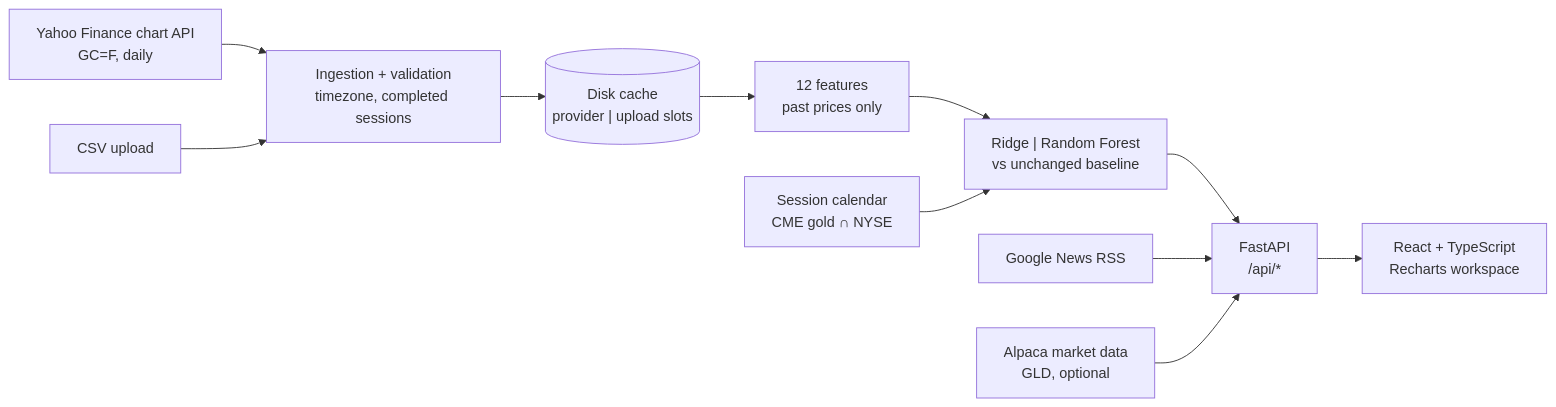
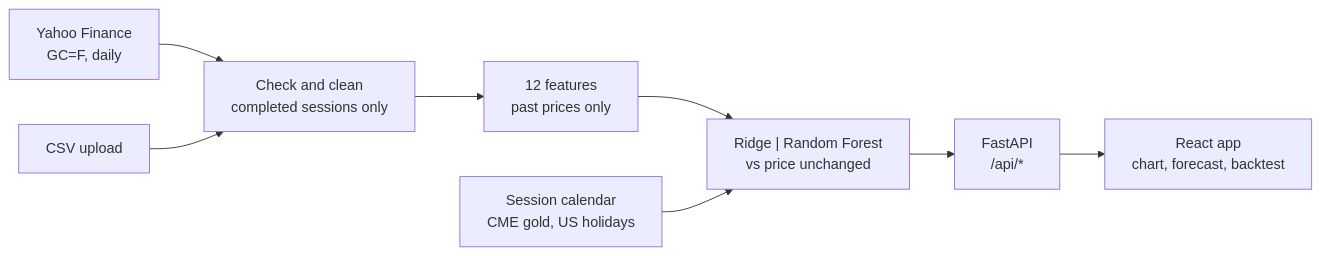
The diagram in README.md (Martysunshine/ai-gold-forecast), drawn with Mermaid before and after one commit. The commit also changed other lines of this file and 21 other files, not shown here.

````diff
--- a/README.md
+++ b/README.md
@@ -79,13 +106,10 @@
 ```mermaid
 flowchart LR
-  Y["Yahoo Finance chart API<br/>GC=F, daily"] --> I["Ingestion + validation<br/>timezone, completed sessions"]
+  Y["Yahoo Finance<br/>GC=F, daily"] --> I["Check and clean<br/>completed sessions only"]
   U["CSV upload"] --> I
-  I --> C[("Disk cache<br/>provider | upload slots")]
-  C --> F["12 features<br/>past prices only"]
-  F --> M["Ridge | Random Forest<br/>vs unchanged baseline"]
-  S["Session calendar<br/>CME gold ∩ NYSE"] --> M
+  I --> F["12 features<br/>past prices only"]
+  F --> M["Ridge | Random Forest<br/>vs price unchanged"]
+  S["Session calendar<br/>CME gold, US holidays"] --> M
   M --> A["FastAPI<br/>/api/*"]
-  N["Google News RSS"] --> A
-  G["Alpaca market data<br/>GLD, optional"] --> A
-  A --> W["React + TypeScript<br/>Recharts workspace"]
+  A --> W["React app<br/>chart, forecast, backtest"]
 ```
````
